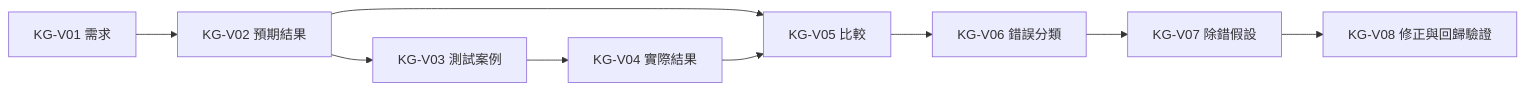
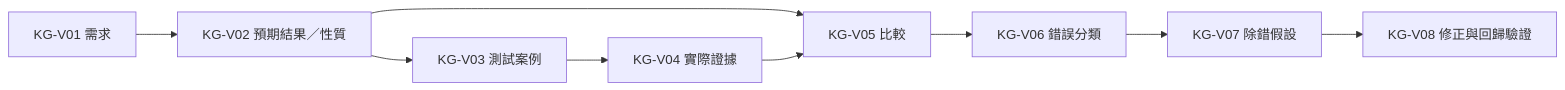
The eighth of 9 diagrams in design/04-programming-language-knowledge-graph.zh-TW.md (inred329/summer_pre_course_2026), drawn with Mermaid before and after one commit. The commit also changed other lines of this file and 104 other files, not shown here.

````diff
--- a/design/04-programming-language-knowledge-graph.zh-TW.md
+++ b/design/04-programming-language-knowledge-graph.zh-TW.md
@@ -237,11 +244,11 @@
 ```mermaid
 flowchart LR
-    V01[KG-V01 需求] --> V02[KG-V02 預期結果]
+    V01[KG-V01 需求] --> V02[KG-V02 預期結果／性質]
     V02 --> V03[KG-V03 測試案例]
-    V03 --> V04[KG-V04 實際結果]
+    V03 --> V04[KG-V04 實際證據]
     V02 --> V05[KG-V05 比較]
     V04 --> V05
     V05 --> V06[KG-V06 錯誤分類]
     V06 --> V07[KG-V07 除錯假設]
     V07 --> V08[KG-V08 修正與回歸驗證]
 ```
````
